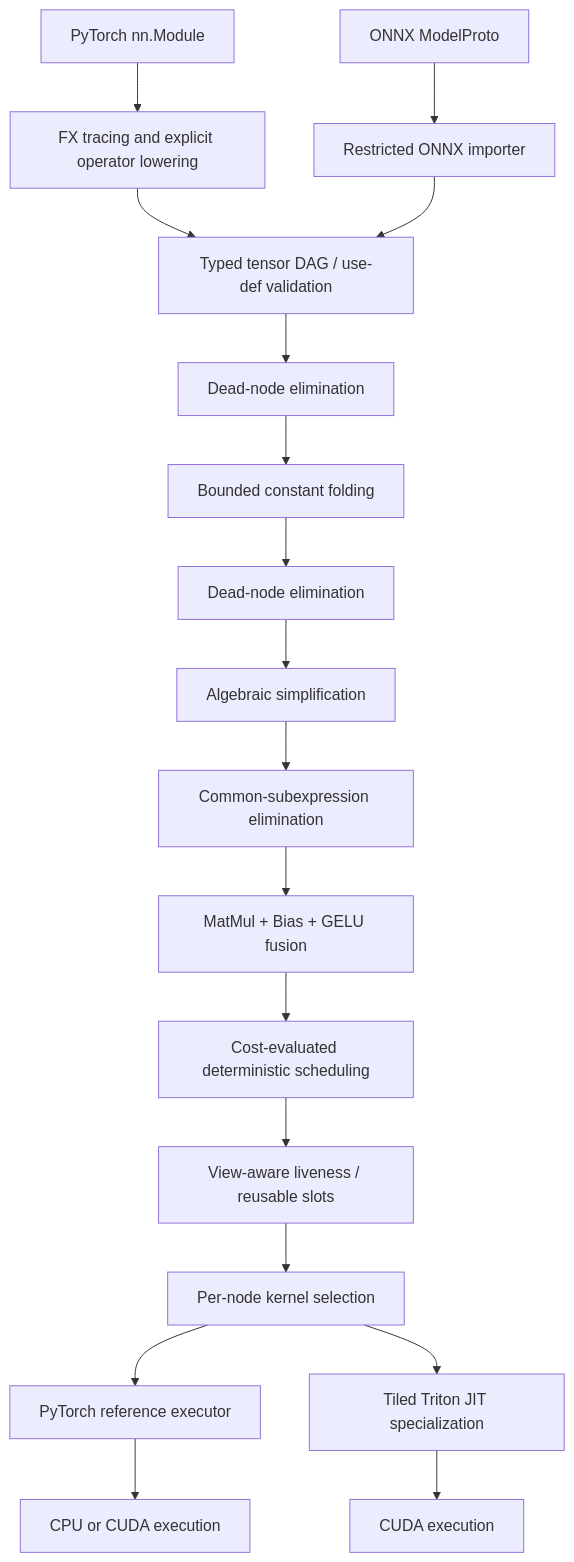
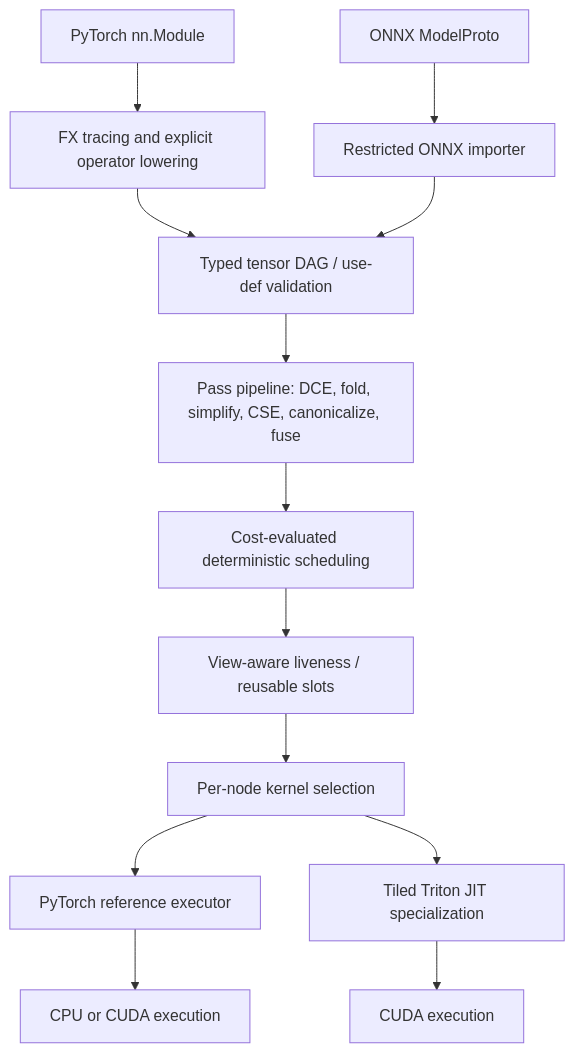
Before and after one commit to rayhankhilji/ForgeML: the first of 5 diagrams in README.md, drawn with Mermaid. The commit also changed other lines of this file and 3 other files, not shown here.

````diff
--- a/README.md
+++ b/README.md
@@ -121,20 +141,15 @@
 ```mermaid
 flowchart TD
     PT[PyTorch nn.Module] --> FX[FX tracing and explicit operator lowering]
     ONNX[ONNX ModelProto] --> OI[Restricted ONNX importer]
     FX --> IR[Typed tensor DAG / use-def validation]
     OI --> IR
-    IR --> DCE[Dead-node elimination]
-    DCE --> CF[Bounded constant folding]
-    CF --> CLEAN[Dead-node elimination]
-    CLEAN --> ALG[Algebraic simplification]
-    ALG --> CSE[Common-subexpression elimination]
-    CSE --> FUSE[MatMul + Bias + GELU fusion]
-    FUSE --> SCHED[Cost-evaluated deterministic scheduling]
+    IR --> PASSES[Pass pipeline: DCE, fold, simplify, CSE, canonicalize, fuse]
+    PASSES --> SCHED[Cost-evaluated deterministic scheduling]
     SCHED --> MEM[View-aware liveness / reusable slots]
     MEM --> SELECT[Per-node kernel selection]
     SELECT --> TORCH[PyTorch reference executor]
     SELECT --> TRITON[Tiled Triton JIT specialization]
     TRITON --> GPU[CUDA execution]
     TORCH --> CPU[CPU or CUDA execution]
 ```
````
